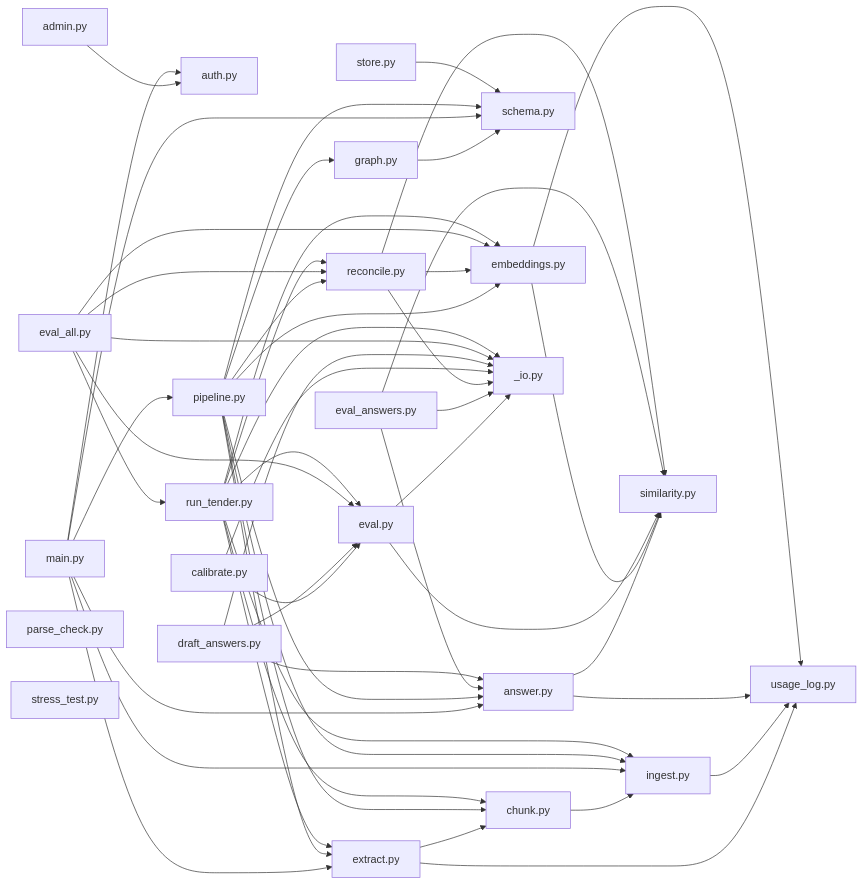
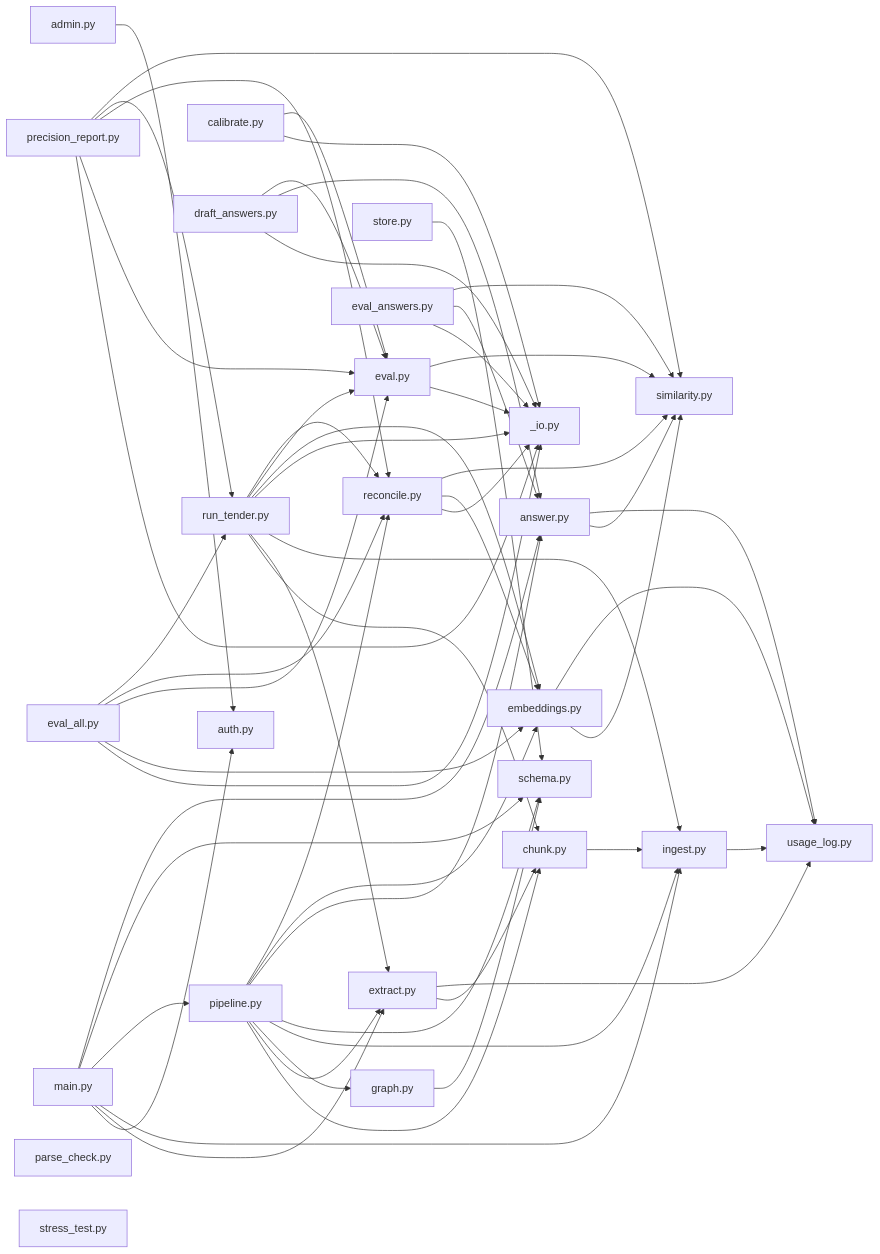
Before and after one commit to Welddevelopment/Bidframe: the third of 3 diagrams in CODEMAP.md, drawn with Mermaid. The commit also changed other lines of this file and 1 other file, not shown here.

Commit message:
chore(codemap): refresh map [skip ci]

````diff
--- a/CODEMAP.md
+++ b/CODEMAP.md
@@ -240,55 +240,60 @@
 ```mermaid
 graph LR
   n0[admin.py] --> n1[auth.py]
   n2[chunk.py] --> n3[ingest.py]
   n4[extract.py] --> n2[chunk.py]
   n4[extract.py] --> n5[usage_log.py]
   n6[graph.py] --> n7[schema.py]
   n3[ingest.py] --> n5[usage_log.py]
   n8[main.py] --> n1[auth.py]
   n8[main.py] --> n4[extract.py]
   n8[main.py] --> n3[ingest.py]
   n8[main.py] --> n9[pipeline.py]
   n8[main.py] --> n7[schema.py]
   n8[main.py] --> n10[answer.py]
   n9[pipeline.py] --> n2[chunk.py]
   n9[pipeline.py] --> n4[extract.py]
   n9[pipeline.py] --> n6[graph.py]
   n9[pipeline.py] --> n3[ingest.py]
   n9[pipeline.py] --> n7[schema.py]
   n9[pipeline.py] --> n10[answer.py]
   n9[pipeline.py] --> n11[embeddings.py]
   n9[pipeline.py] --> n12[reconcile.py]
   n13[store.py] --> n7[schema.py]
   n10[answer.py] --> n14[similarity.py]
   n10[answer.py] --> n5[usage_log.py]
   n11[embeddings.py] --> n14[similarity.py]
   n11[embeddings.py] --> n5[usage_log.py]
   n15[eval.py] --> n16[_io.py]
   n15[eval.py] --> n14[similarity.py]
   n17[eval_answers.py] --> n16[_io.py]
   n17[eval_answers.py] --> n10[answer.py]
   n17[eval_answers.py] --> n14[similarity.py]
   n12[reconcile.py] --> n16[_io.py]
   n12[reconcile.py] --> n11[embeddings.py]
   n12[reconcile.py] --> n14[similarity.py]
   n18[calibrate.py] --> n16[_io.py]
   n18[calibrate.py] --> n15[eval.py]
   n19[draft_answers.py] --> n16[_io.py]
   n19[draft_answers.py] --> n10[answer.py]
   n19[draft_answers.py] --> n15[eval.py]
   n20[eval_all.py] --> n16[_io.py]
   n20[eval_all.py] --> n11[embeddings.py]
   n20[eval_all.py] --> n15[eval.py]
   n20[eval_all.py] --> n12[reconcile.py]
   n20[eval_all.py] --> n21[run_tender.py]
+  n22[precision_report.py] --> n16[_io.py]
+  n22[precision_report.py] --> n15[eval.py]
+  n22[precision_report.py] --> n12[reconcile.py]
+  n22[precision_report.py] --> n21[run_tender.py]
+  n22[precision_report.py] --> n14[similarity.py]
   n21[run_tender.py] --> n2[chunk.py]
   n21[run_tender.py] --> n4[extract.py]
   n21[run_tender.py] --> n3[ingest.py]
   n21[run_tender.py] --> n16[_io.py]
   n21[run_tender.py] --> n11[embeddings.py]
   n21[run_tender.py] --> n15[eval.py]
   n21[run_tender.py] --> n12[reconcile.py]
-  n22[parse_check.py]
-  n23[stress_test.py]
+  n23[parse_check.py]
+  n24[stress_test.py]
 ```
````
